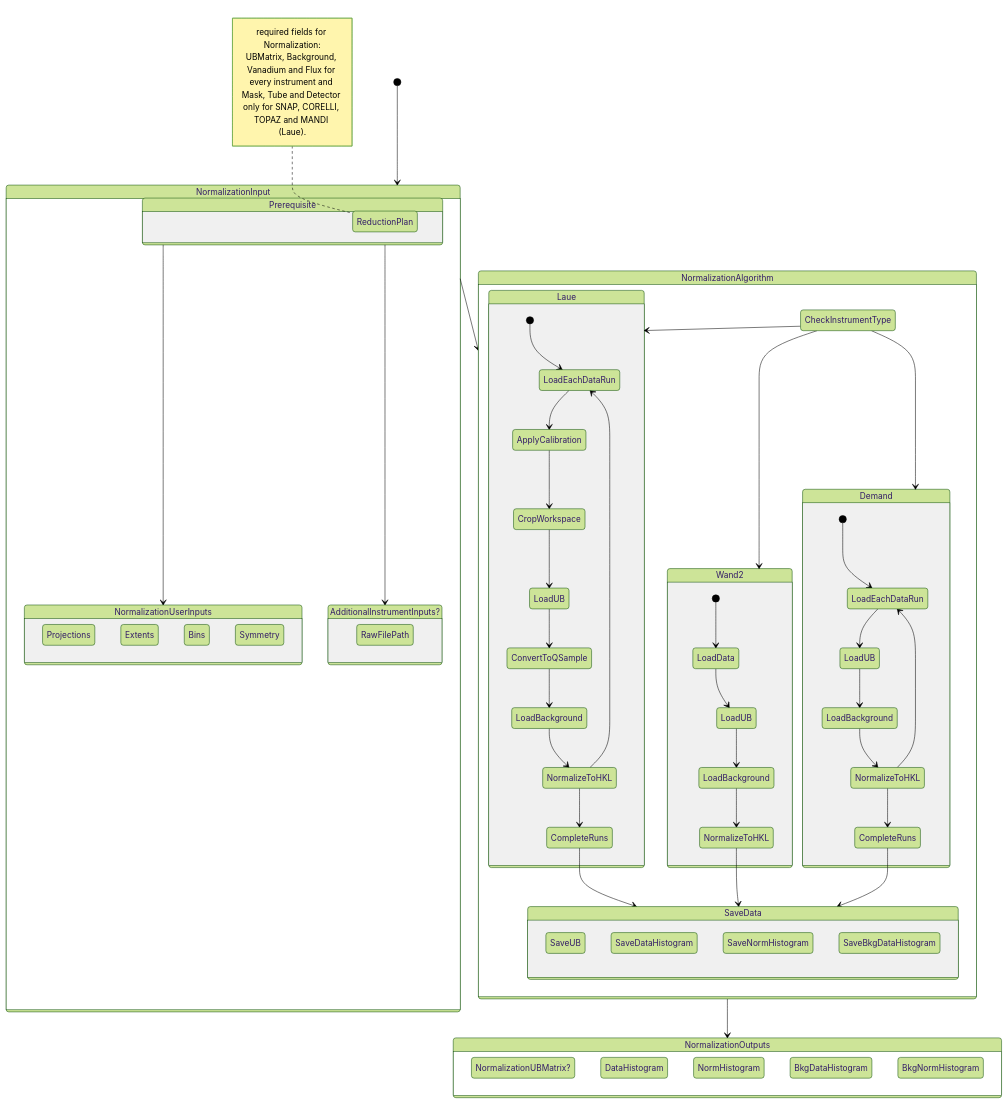
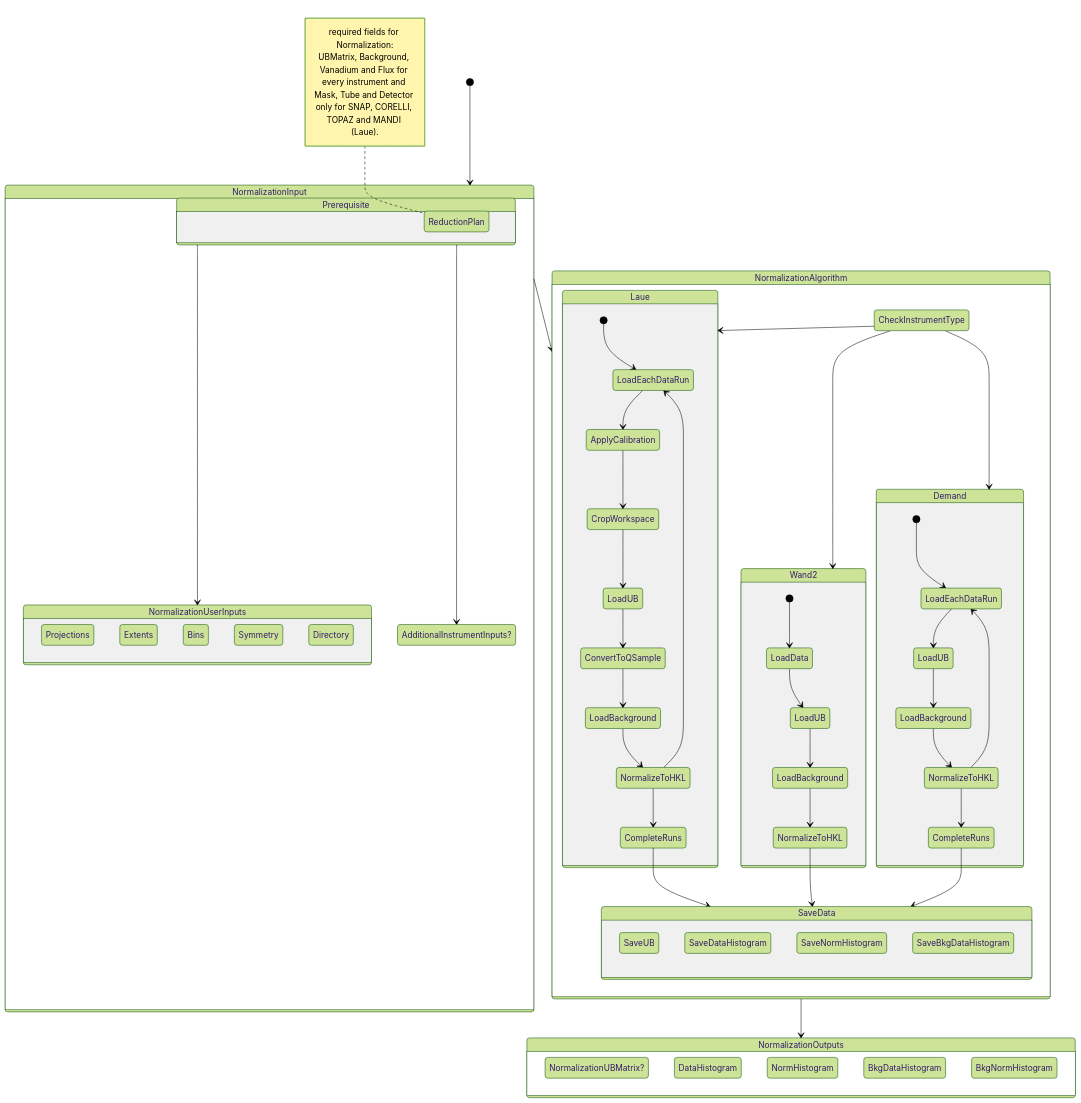
Before and after one commit to neutrons/garnet: the diagram in docs/source/design/normalization_algo.rst, drawn with Mermaid (forest theme).

Commit message:
normalization algorithm marked in progress

```diff
--- a/docs/source/design/normalization_algo.rst
+++ b/docs/source/design/normalization_algo.rst
@@ -28,9 +30,7 @@
                 Extents
                 Bins
                 Symmetry
-            }
-            state AdditionalInstrumentInputs?{
-                RawFilePath
+                Directory
             }
         }
         
@@ -39,7 +39,6 @@
             CheckInstrumentType-->Laue
             CheckInstrumentType-->Wand2
             CheckInstrumentType-->Demand
-
 
             state Laue{
                 l_load: LoadEachDataRun
@@ -91,7 +90,6 @@
                 d_compl-->SaveData
             }
             state SaveData{
-            
                 SaveUB
                 SaveDataHistogram
                 SaveNormHistogram
```
